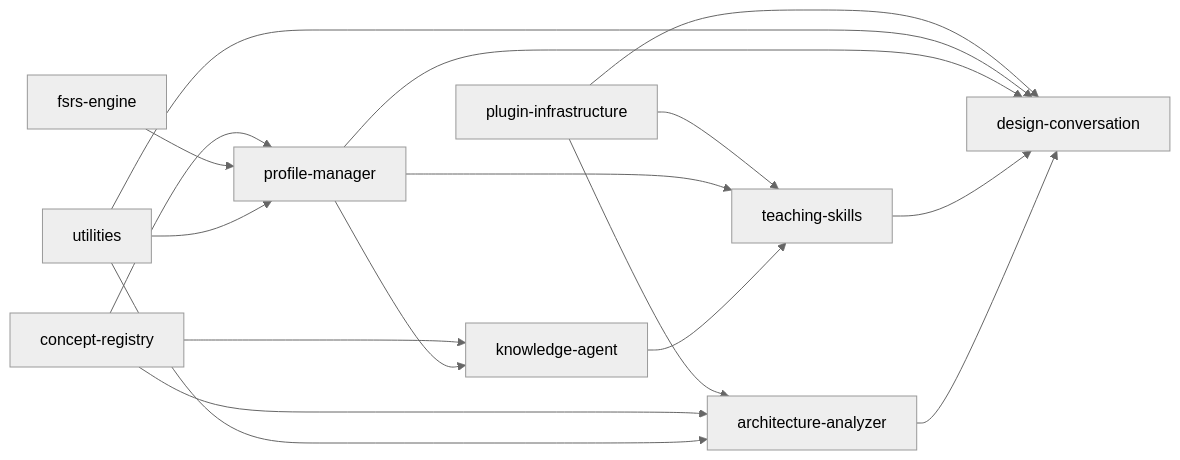
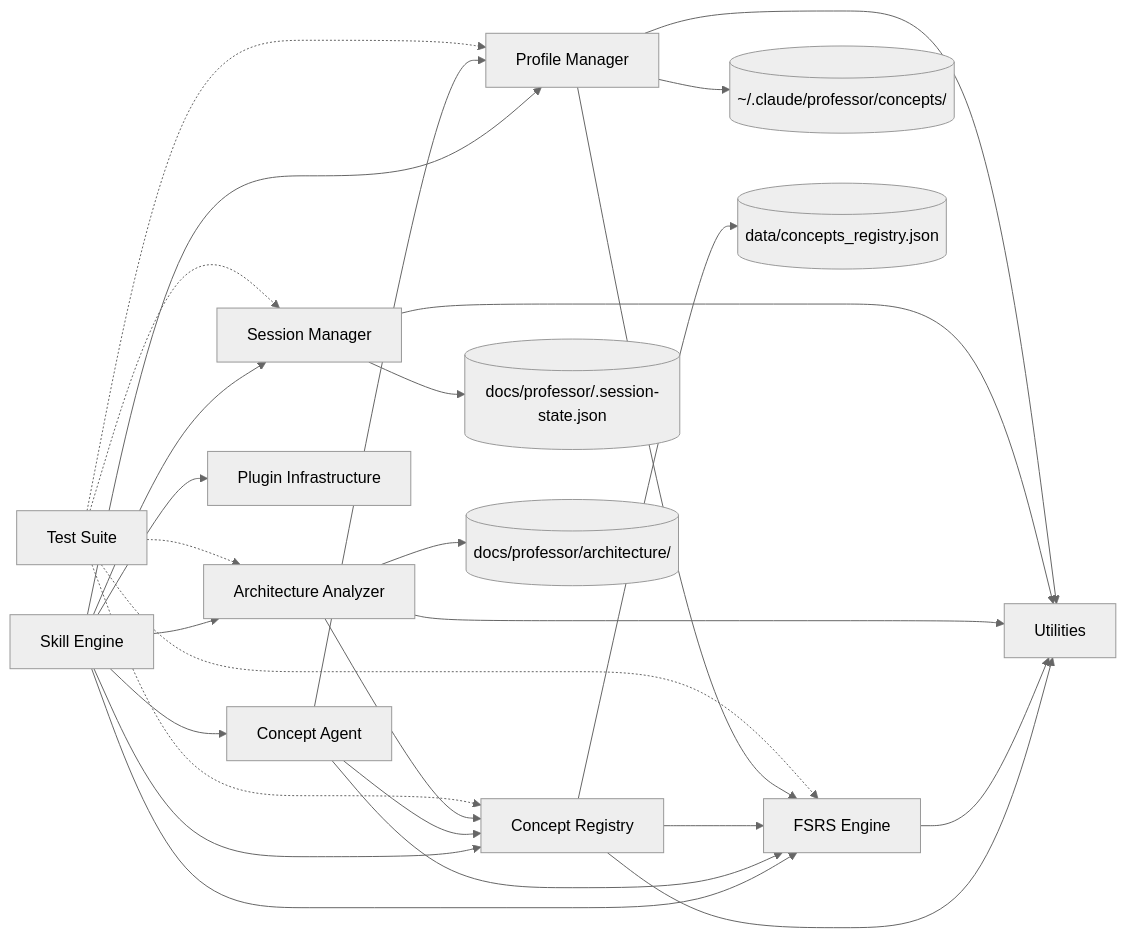
The first of 3 diagrams in docs/professor/architecture/data-flow.md (theadityamittal/claude-professor), drawn with Mermaid (neutral theme) before and after one commit. The commit also changed other lines of this file and 17 other files, not shown here.

First line of the commit message:
Refactor architecture components and enhance functionality

````diff
--- a/docs/professor/architecture/data-flow.md
+++ b/docs/professor/architecture/data-flow.md
@@ -5,23 +5,35 @@
 ```mermaid
 graph LR
-    PI[plugin-infrastructure] --> TS[teaching-skills]
-    PI --> AA[architecture-analyzer]
-    PI --> DC[design-conversation]
+    SE[Skill Engine] --> CA[Concept Agent]
+    SE --> FE[FSRS Engine]
+    SE --> CR[Concept Registry]
+    SE --> AA[Architecture Analyzer]
+    SE --> SM[Session Manager]
+    SE --> PM[Profile Manager]
+    SE --> PI[Plugin Infrastructure]
 
-    CR[concept-registry] --> PM[profile-manager]
-    CR --> KA[knowledge-agent]
-    CR --> AA
+    CA --> CR
+    CA --> FE
+    CA --> PM
 
-    FE[fsrs-engine] --> PM
-    UT[utilities] --> PM
-    UT --> AA
-    UT --> DC
+    CR --> FE
+    AA --> CR
+    PM --> FE
 
-    PM --> KA
-    PM --> TS
-    PM --> DC
+    CR --> UT[Utilities]
+    FE --> UT
+    AA --> UT
+    SM --> UT
+    PM --> UT
 
-    KA --> TS
-    TS --> DC
-    AA --> DC
+    TS[Test Suite] -.-> FE
+    TS -.-> CR
+    TS -.-> AA
+    TS -.-> SM
+    TS -.-> PM
+
+    PM --> DP[(~/.claude/professor/concepts/)]
+    SM --> SF[(docs/professor/.session-state.json)]
+    AA --> AD[(docs/professor/architecture/)]
+    CR --> RD[(data/concepts_registry.json)]
 ```
````
